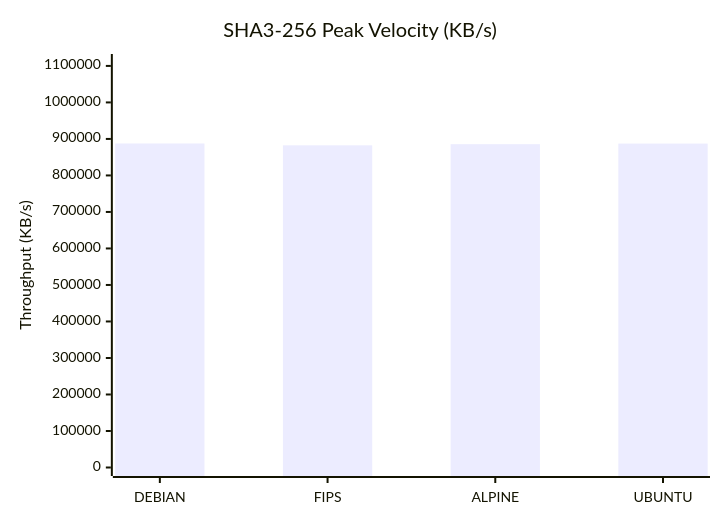
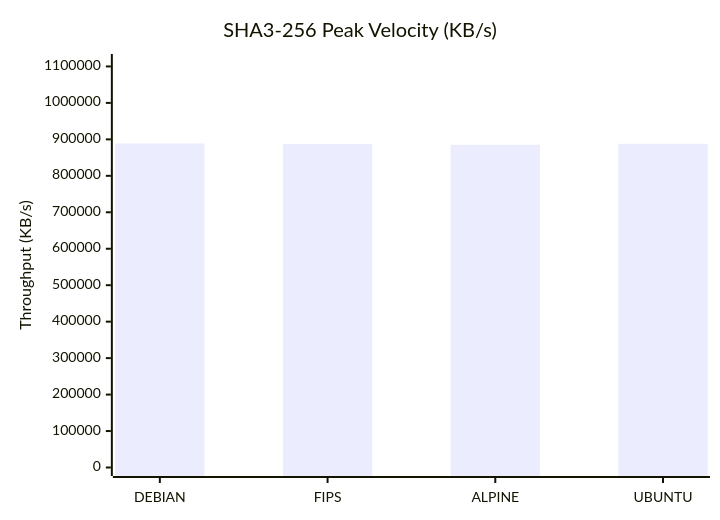
The third of 9 diagrams in docs/Comparison_Report.md (taha2samy/openssl_fips), drawn with Mermaid before and after one commit. The commit also changed other lines of this file and 2 other files, not shown here.

````diff
--- a/docs/Comparison_Report.md
+++ b/docs/Comparison_Report.md
@@ -74,7 +74,7 @@
 ```mermaid
 xychart-beta
     title "SHA3-256 Peak Velocity (KB/s)"
     x-axis [DEBIAN, FIPS, ALPINE, UBUNTU]
-    y-axis "Throughput (KB/s)" 0 --> 1109360
-    bar [887488.51, 882499.58, 885612.54, 887324.67]
+    y-axis "Throughput (KB/s)" 0 --> 1110814
+    bar [888651.78, 887586.82, 885260.29, 887701.5]
 ```
````
